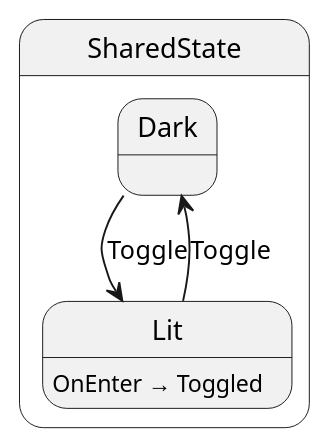
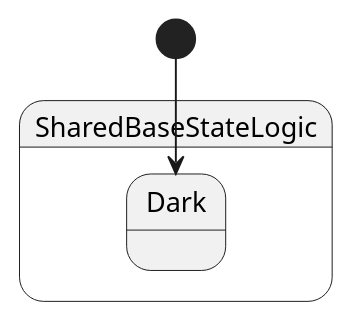
Before and after one commit to chickensoft-games/LogicBlocks: the diagram in Chickensoft.LogicBlocks.DiagramGenerator.Tests/snapshots/shared_base_state_SharedBaseStateLogic.verified.puml, drawn with PlantUML. The commit also changed 3 other files, not shown here.

```diff
--- a/Chickensoft.LogicBlocks.DiagramGenerator.Tests/snapshots/shared_base_state_SharedBaseStateLogic.verified.puml
+++ b/Chickensoft.LogicBlocks.DiagramGenerator.Tests/snapshots/shared_base_state_SharedBaseStateLogic.verified.puml
@@ -1,11 +1,7 @@
-@startuml SharedState
-state "SharedState" as Chickensoft_LogicBlocks_DiagramGenerator_Tests_TestCases_SharedBaseStateLogic_SharedState {
-  state "Dark" as Chickensoft_LogicBlocks_DiagramGenerator_Tests_TestCases_SharedBaseStateLogic_SharedState_Dark
-  state "Lit" as Chickensoft_LogicBlocks_DiagramGenerator_Tests_TestCases_SharedBaseStateLogic_SharedState_Lit
+@startuml SharedBaseStateLogic
+state SharedBaseStateLogic {
+  state Dark
 }
 
-Chickensoft_LogicBlocks_DiagramGenerator_Tests_TestCases_SharedBaseStateLogic_SharedState_Dark --> Chickensoft_LogicBlocks_DiagramGenerator_Tests_TestCases_SharedBaseStateLogic_SharedState_Lit : Toggle
-Chickensoft_LogicBlocks_DiagramGenerator_Tests_TestCases_SharedBaseStateLogic_SharedState_Lit --> Chickensoft_LogicBlocks_DiagramGenerator_Tests_TestCases_SharedBaseStateLogic_SharedState_Dark : Toggle
-
-Chickensoft_LogicBlocks_DiagramGenerator_Tests_TestCases_SharedBaseStateLogic_SharedState_Lit : OnEnter → Toggled
+[*] --> Dark
 @enduml
```
